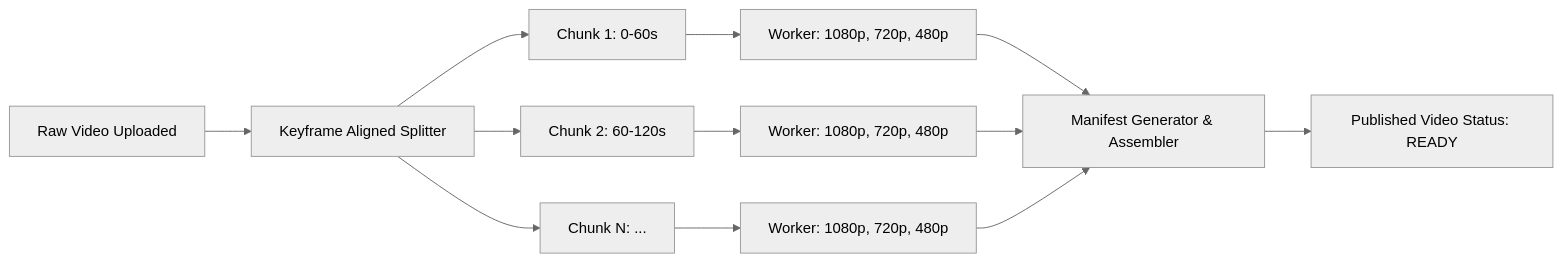
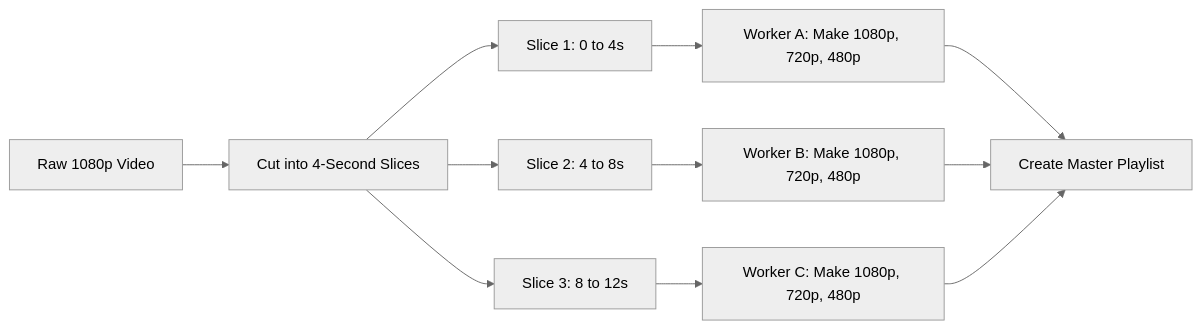
One commit to Rumman90/system-design-video-streaming changed the second of 4 diagrams in docs/architecture.md. Above: the diagram before and after it, drawn with Mermaid (neutral theme). The commit also changed other lines of this file and 9 other files, not shown here.

````diff
--- a/docs/architecture.md
+++ b/docs/architecture.md
@@ -70,14 +65,14 @@
 ```mermaid
 flowchart LR
-    Upload[Raw Video Uploaded] --> Demux[Keyframe Aligned Splitter]
-    Demux --> Chunk1[Chunk 1: 0-60s]
-    Demux --> Chunk2[Chunk 2: 60-120s]
-    Demux --> ChunkN[Chunk N: ...]
+    Source[Raw 1080p Video] --> Cutter[Cut into 4-Second Slices]
     
-    Chunk1 --> T1[Worker: 1080p, 720p, 480p]
-    Chunk2 --> T2[Worker: 1080p, 720p, 480p]
-    ChunkN --> TN[Worker: 1080p, 720p, 480p]
+    Cutter --> Slice1[Slice 1: 0 to 4s]
+    Cutter --> Slice2[Slice 2: 4 to 8s]
+    Cutter --> Slice3[Slice 3: 8 to 12s]
+    
+    Slice1 --> W1[Worker A: Make 1080p, 720p, 480p]
+    Slice2 --> W2[Worker B: Make 1080p, 720p, 480p]
+    Slice3 --> W3[Worker C: Make 1080p, 720p, 480p]
 
-    T1 & T2 & TN --> Stitcher[Manifest Generator & Assembler]
-    Stitcher --> Final[Published Video Status: READY]
+    W1 & W2 & W3 --> Merger[Create Master Playlist]
 ```
````
